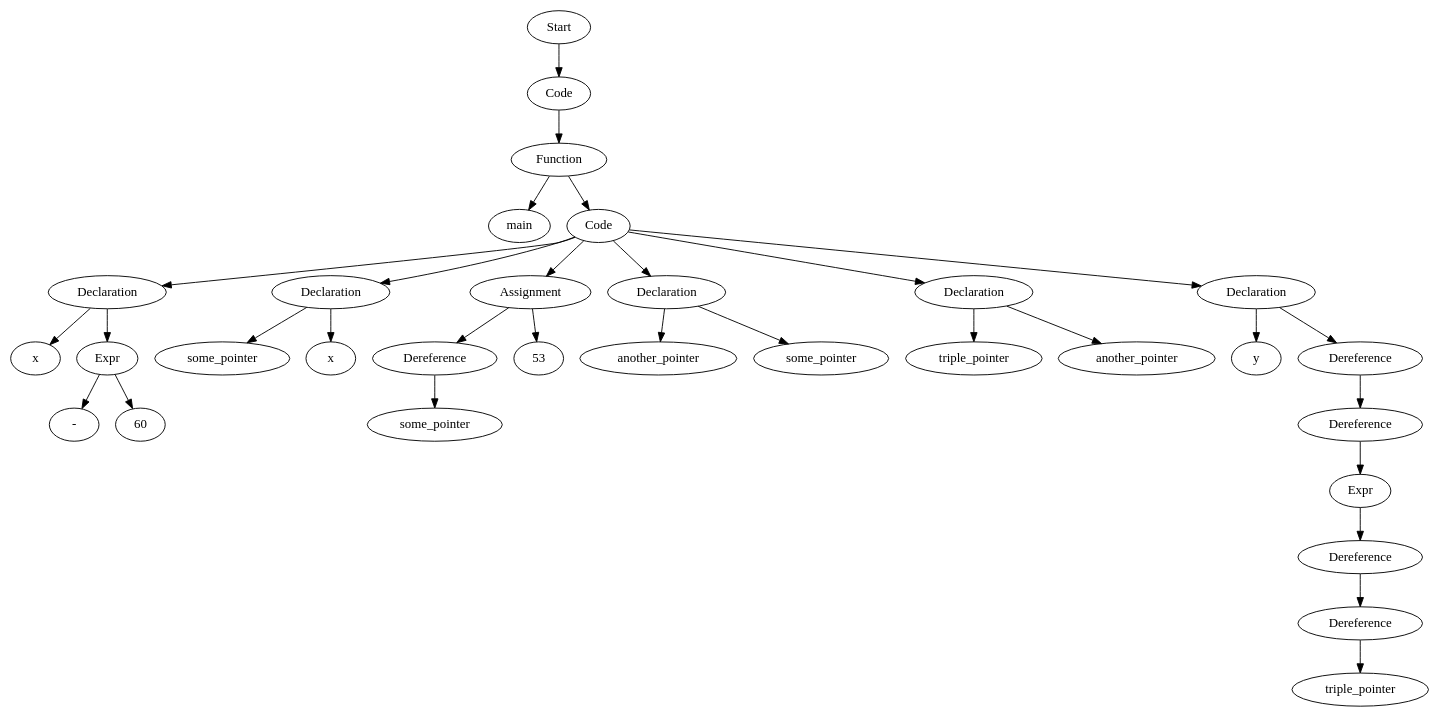
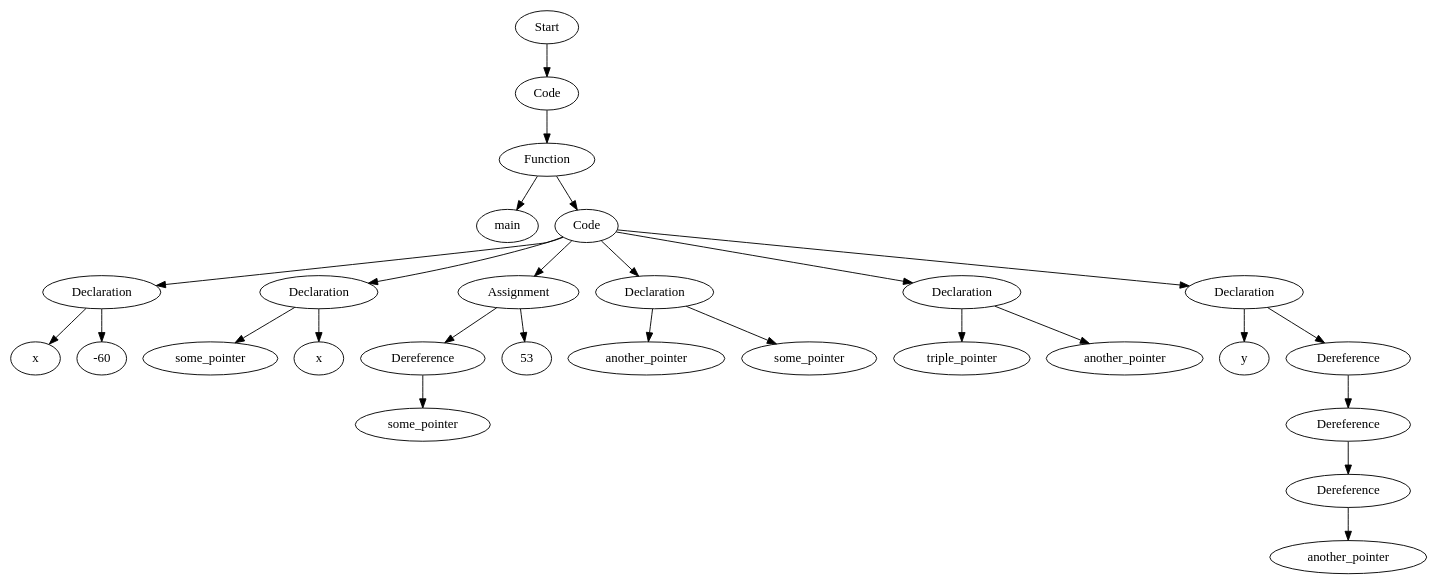
One commit to Are-you-listening/Compilers changed the diagram in testfiles/basic_tests_123/proj2_man_pass_pointerOperations2ASTVisual.dot. Above: the diagram before and after it, drawn with Graphviz. The commit also changed 37 other files, not shown here.

```diff
--- a/testfiles/basic_tests_123/proj2_man_pass_pointerOperations2ASTVisual.dot
+++ b/testfiles/basic_tests_123/proj2_man_pass_pointerOperations2ASTVisual.dot
@@ -1,63 +1,55 @@
 digraph AST {
-  "134272668298512" [label="Start"];
-  "134272668298512" -> "134272668288384";
-  "134272668288384" [label="Code"];
-  "134272668288384" -> "134272668289152";
-  "134272668289152" [label="Function"];
-  "134272668289152" -> "134272668296544";
-  "134272668289152" -> "134272668289056";
-  "134272668296544" [label="main"];
-  "134272668289056" [label="Code"];
-  "134272668289056" -> "134272668298464";
-  "134272668289056" -> "134272668295488";
-  "134272668289056" -> "134272668292896";
-  "134272668289056" -> "134272668301584";
-  "134272668289056" -> "134272668300864";
-  "134272668289056" -> "134272668289968";
-  "134272668298464" [label="Declaration"];
-  "134272668298464" -> "134272668293520";
-  "134272668298464" -> "134272668293472";
-  "134272668293520" [label="x"];
-  "134272668293472" [label="Expr"];
-  "134272668293472" -> "134272668295632";
-  "134272668293472" -> "134272668288864";
-  "134272668295632" [label="-"];
-  "134272668288864" [label="60"];
-  "134272668295488" [label="Declaration"];
-  "134272668295488" -> "134272668287712";
-  "134272668295488" -> "134272668300528";
-  "134272668287712" [label="some_pointer"];
-  "134272668300528" [label="x"];
-  "134272668292896" [label="Assignment"];
-  "134272668292896" -> "134272668292944";
-  "134272668292896" -> "134272668301920";
-  "134272668292944" [label="Dereference"];
-  "134272668292944" -> "134272668302016";
-  "134272668302016" [label="some_pointer"];
-  "134272668301920" [label="53"];
-  "134272668301584" [label="Declaration"];
-  "134272668301584" -> "134272668295968";
-  "134272668301584" -> "134272668296832";
-  "134272668295968" [label="another_pointer"];
-  "134272668296832" [label="some_pointer"];
-  "134272668300864" [label="Declaration"];
-  "134272668300864" -> "134272668297840";
-  "134272668300864" -> "134272668290688";
-  "134272668297840" [label="triple_pointer"];
-  "134272668290688" [label="another_pointer"];
-  "134272668289968" [label="Declaration"];
-  "134272668289968" -> "134272668287568";
-  "134272668289968" -> "134272668287616";
-  "134272668287568" [label="y"];
-  "134272668287616" [label="Dereference"];
-  "134272668287616" -> "134272668296400";
-  "134272668296400" [label="Dereference"];
-  "134272668296400" -> "134272668287328";
-  "134272668287328" [label="Expr"];
-  "134272668287328" -> "134272668289920";
-  "134272668289920" [label="Dereference"];
-  "134272668289920" -> "134272668297120";
-  "134272668297120" [label="Dereference"];
-  "134272668297120" -> "134272668292560";
-  "134272668292560" [label="triple_pointer"];
+  "124068447688672" [label="Start"];
+  "124068447688672" -> "124068447594880";
+  "124068447594880" [label="Code"];
+  "124068447594880" -> "124068447594736";
+  "124068447594736" [label="Function"];
+  "124068447594736" -> "124068447588256";
+  "124068447594736" -> "124068447592576";
+  "124068447588256" [label="main"];
+  "124068447592576" [label="Code"];
+  "124068447592576" -> "124068447592864";
+  "124068447592576" -> "124068447590032";
+  "124068447592576" -> "124068447846304";
+  "124068447592576" -> "124068447832048";
+  "124068447592576" -> "124068447839248";
+  "124068447592576" -> "124068447697024";
+  "124068447592864" [label="Declaration"];
+  "124068447592864" -> "124068447590464";
+  "124068447592864" -> "124068447689488";
+  "124068447590464" [label="x"];
+  "124068447689488" [label="-60"];
+  "124068447590032" [label="Declaration"];
+  "124068447590032" -> "124068447589840";
+  "124068447590032" -> "124068447588304";
+  "124068447589840" [label="some_pointer"];
+  "124068447588304" [label="x"];
+  "124068447846304" [label="Assignment"];
+  "124068447846304" -> "124068447840160";
+  "124068447846304" -> "124068447842320";
+  "124068447840160" [label="Dereference"];
+  "124068447840160" -> "124068447834928";
+  "124068447834928" [label="some_pointer"];
+  "124068447842320" [label="53"];
+  "124068447832048" [label="Declaration"];
+  "124068447832048" -> "124068447843904";
+  "124068447832048" -> "124068447845728";
+  "124068447843904" [label="another_pointer"];
+  "124068447845728" [label="some_pointer"];
+  "124068447839248" [label="Declaration"];
+  "124068447839248" -> "124068447842128";
+  "124068447839248" -> "124068447696976";
+  "124068447842128" [label="triple_pointer"];
+  "124068447696976" [label="another_pointer"];
+  "124068447697024" [label="Declaration"];
+  "124068447697024" -> "124068447685264";
+  "124068447697024" -> "124068447589936";
+  "124068447685264" [label="y"];
+  "124068447589936" [label="Dereference"];
+  "124068447589936" -> "124068447589408";
+  "124068447589408" [label="Dereference"];
+  "124068447589408" -> "124068447599680";
+  "124068447599680" [label="Dereference"];
+  "124068447599680" -> "124068447594064";
+  "124068447594064" [label="another_pointer"];
 }
```
